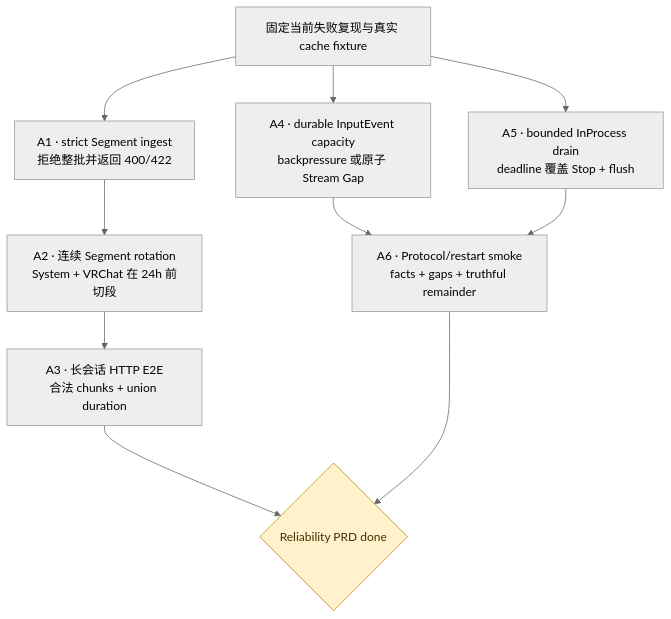
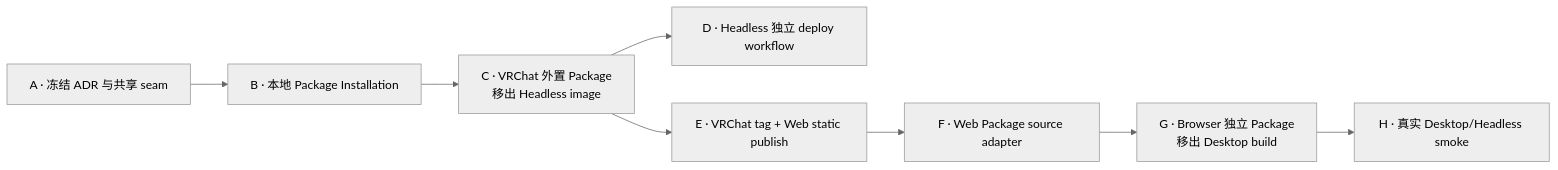
One commit to shenxianovo/Heartbeat changed the fourth of 4 diagrams in docs/architecture/collector-delivery-implementation-roadmap.md. Above: the diagram before and after it, drawn with Mermaid (neutral theme). The commit also changed other lines of this file and 7 other files, not shown here.

````diff
--- a/docs/architecture/collector-delivery-implementation-roadmap.md
+++ b/docs/architecture/collector-delivery-implementation-roadmap.md
@@ -90,21 +124,10 @@
 ```mermaid
-flowchart TD
-    B["固定当前失败复现与真实 cache fixture"]
-
-    S1["A1 · strict Segment ingest<br/>拒绝整批并返回 400/422"]
-    S2["A2 · 连续 Segment rotation<br/>System + VRChat 在 24h 前切段"]
-    S3["A3 · 长会话 HTTP E2E<br/>合法 chunks + union duration"]
-
-    I1["A4 · durable InputEvent capacity<br/>backpressure 或原子 Stream Gap"]
-    D1["A5 · bounded InProcess drain<br/>deadline 覆盖 Stop + flush"]
-    P1["A6 · Protocol/restart smoke<br/>facts + gaps + truthful remainder"]
-
-    G{"Reliability PRD done"}
-
-    B --> S1 --> S2 --> S3 --> G
-    B --> I1 --> P1 --> G
-    B --> D1 --> P1
-
-    classDef gate fill:#fff2cc,stroke:#b8860b,color:#3d3200;
-    class G gate;
+flowchart LR
+    A["A · 冻结 ADR 与共享 seam"] --> B["B · 本地 Package Installation"]
+    B --> C["C · VRChat 外置 Package<br/>移出 Headless image"]
+    C --> D["D · Headless 独立 deploy workflow"]
+    C --> E["E · VRChat tag + Web static publish"]
+    E --> F["F · Web Package source adapter"]
+    F --> G["G · Browser 独立 Package<br/>移出 Desktop build"]
+    G --> H["H · 真实 Desktop/Headless smoke"]
 ```
````
